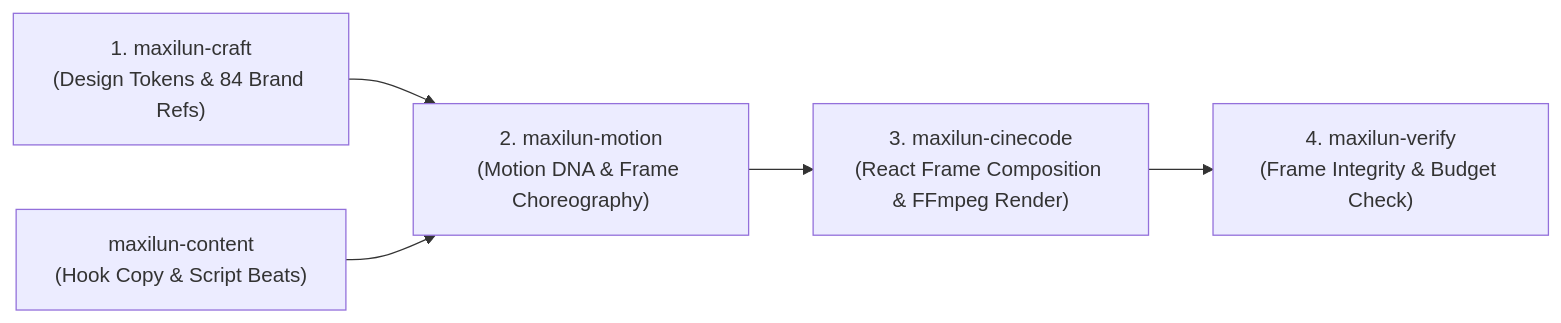
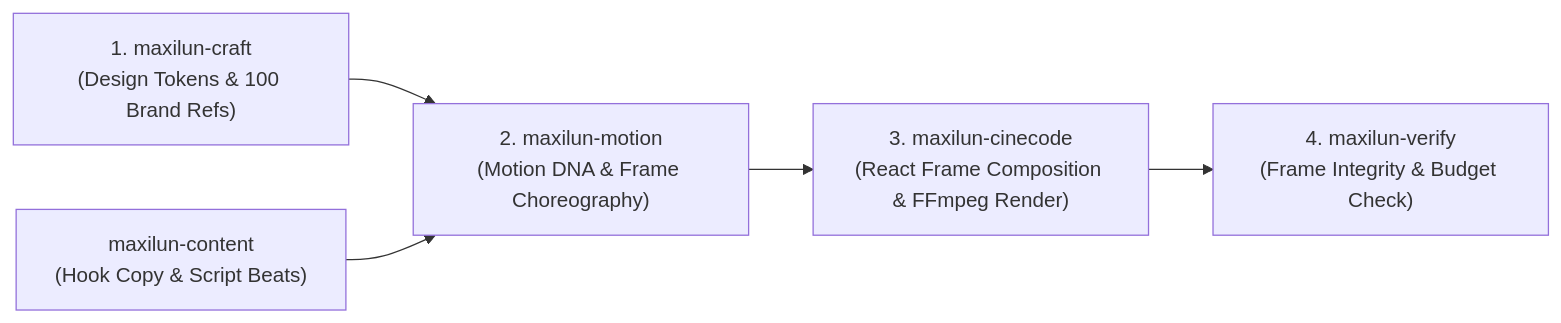
One commit to giriedu/maxilun changed the second of 2 diagrams in skills/maxilun-motion/SKILL.md. Above: the diagram before and after it, drawn with Mermaid. The commit also changed other lines of this file and 66 other files, not shown here.

````diff
--- a/skills/maxilun-motion/SKILL.md
+++ b/skills/maxilun-motion/SKILL.md
@@ -110,7 +109,7 @@
 ```mermaid
 flowchart LR
-    Craft["1. maxilun-craft\n(Design Tokens & 84 Brand Refs)"] --> Motion["2. maxilun-motion\n(Motion DNA & Frame Choreography)"]
+    Craft["1. maxilun-craft\n(Design Tokens & 100 Brand Refs)"] --> Motion["2. maxilun-motion\n(Motion DNA & Frame Choreography)"]
     Content["maxilun-content\n(Hook Copy & Script Beats)"] --> Motion
     Motion --> Cine["3. maxilun-cinecode\n(React Frame Composition & FFmpeg Render)"]
     Cine --> Verify["4. maxilun-verify\n(Frame Integrity & Budget Check)"]
 ```
````
